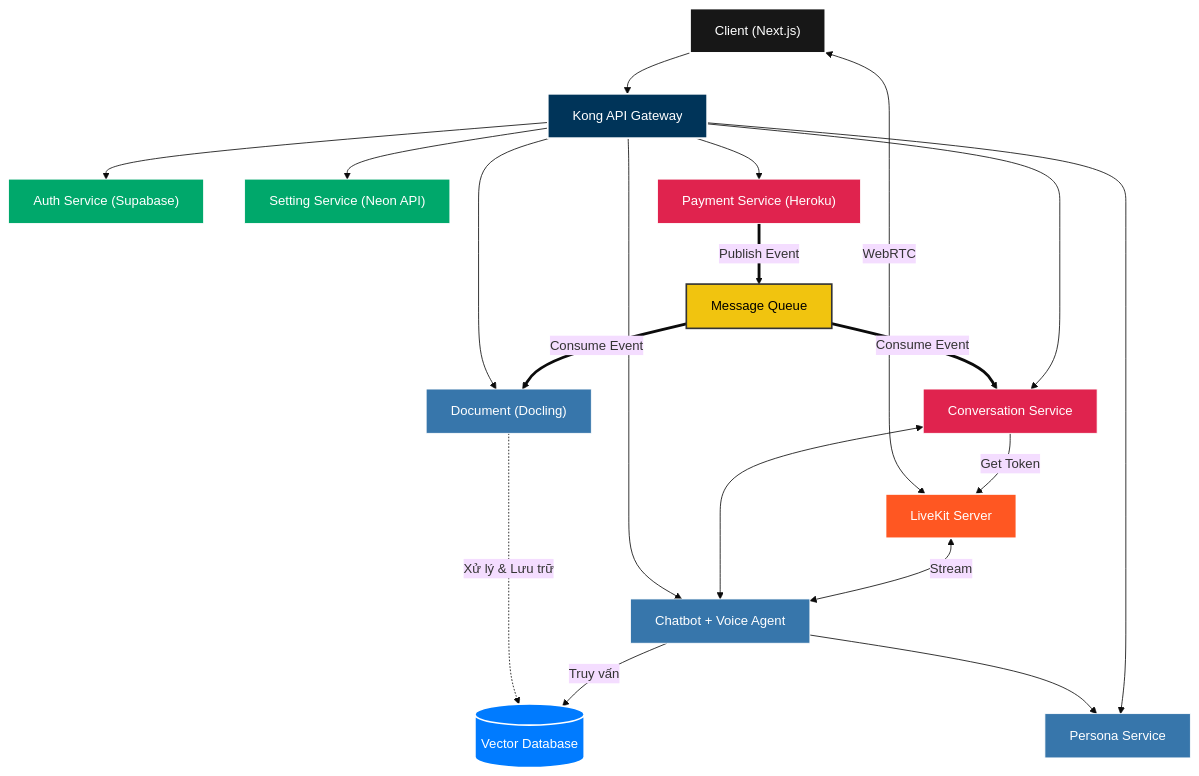
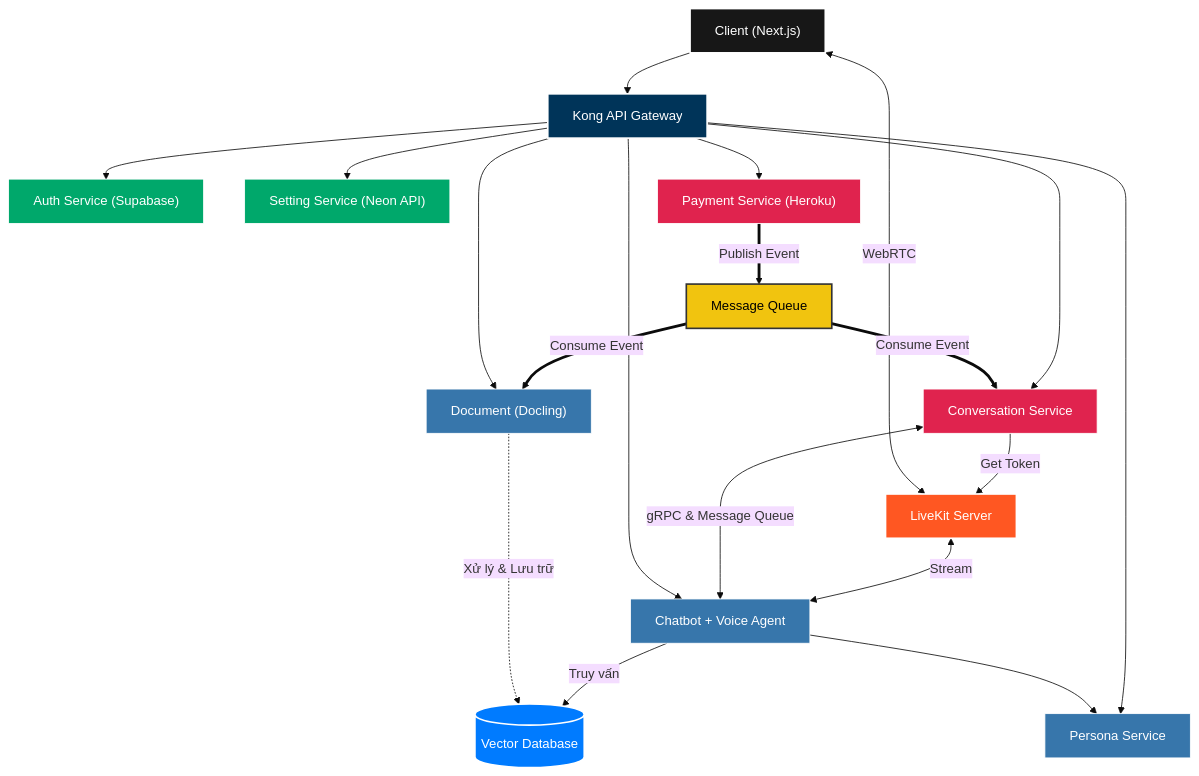
Before and after one commit to 20206205Tech/docs-markdown: the diagram in docs/1. Tổng quan đề tài/1.2. Cơ sở lý thuyết/MSA.mmd, drawn with Mermaid (base theme). The commit also changed 1 other file, not shown here.

```diff
--- a/docs/1. Tổng quan đề tài/1.2. Cơ sở lý thuyết/MSA.mmd
+++ b/docs/1. Tổng quan đề tài/1.2. Cơ sở lý thuyết/MSA.mmd
@@ -1,69 +1,56 @@
 graph TB
 
     classDef client fill:#171717,stroke:#fff,stroke-width:2px,color:#fff;
     classDef gateway fill:#003459,stroke:#fff,stroke-width:2px,color:#fff;
     classDef external_svc fill:#00a86b,stroke:#fff,stroke-width:1px,color:#fff;
     classDef internal_nest fill:#e0234e,stroke:#fff,stroke-width:1px,color:#fff;
     classDef internal_python fill:#3776ab,stroke:#fff,stroke-width:1px,color:#fff;
     classDef vector_db fill:#007BFF,stroke:#fff,stroke-width:2px,color:#fff;
     classDef mq fill:#f1c40f,stroke:#333,stroke-width:2px,color:#000;
     classDef rtc fill:#ff5722,stroke:#fff,stroke-width:2px,color:#fff;
 
-
     Client["Client (Next.js)"]:::client
     Kong["Kong API Gateway"]:::gateway
-
 
     Auth["Auth Service (Supabase)"]:::external_svc
     Setting["Setting Service (Neon API)"]:::external_svc
     Payment["Payment Service (Heroku)"]:::internal_nest
 
-
     MQ["Message Queue"]:::mq
 
-
     LiveKit["LiveKit Server"]:::rtc
-
 
     Conv["Conversation Service"]:::internal_nest
     Persona["Persona Service"]:::internal_python
 
-
     Chatbot["Chatbot + Voice Agent"]:::internal_python
     Doc["Document (Docling)"]:::internal_python
 
-
     VectorDB[("Vector Database")]:::vector_db
-
 
     LiveKit <-->|Stream| Chatbot
     Conv -->|Get Token| LiveKit
 
-
     Client --> Kong
     Client <-->|WebRTC| LiveKit
-
 
     Kong --> Auth
     Kong --> Setting
     Kong --> Payment
     Kong --> Conv
     Kong --> Persona
 
+    Conv <-->|gRPC & Message Queue| Chatbot
 
-    Conv <--> Chatbot
     Chatbot --> Persona
-
     Kong --> Chatbot
-
-
 
     Chatbot -->|Truy vấn| VectorDB
     Doc -.->|Xử lý & Lưu trữ| VectorDB
-
 
     Payment == Publish Event ==> MQ
     MQ == Consume Event ==> Conv
     MQ == Consume Event ==> Doc
 
+
     Kong --> Doc
```
